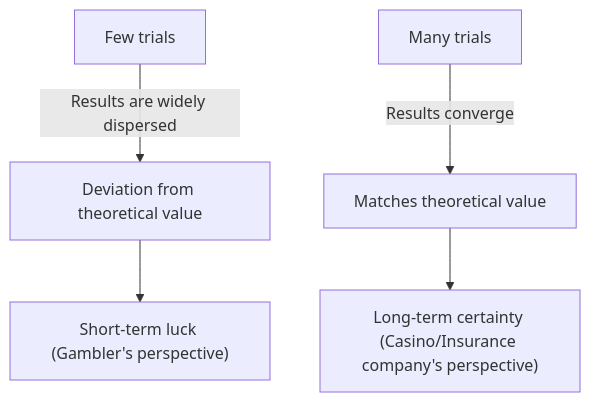
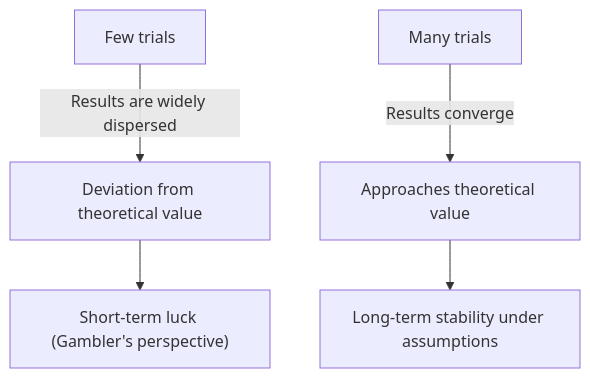
One commit to kenjinote/blog changed the first of 2 diagrams in content/post/law-of-large-numbers/index.en.md. Above: the diagram before and after it, drawn with Mermaid. The commit also changed other lines of this file and 12 other files, not shown here.

````diff
--- a/content/post/law-of-large-numbers/index.en.md
+++ b/content/post/law-of-large-numbers/index.en.md
@@ -30,7 +30,7 @@
 ```mermaid
 graph TD
     A["Few trials"] -->|"Results are widely dispersed"| B["Deviation from theoretical value"]
-    C["Many trials"] -->|"Results converge"| D["Matches theoretical value"]
+    C["Many trials"] -->|"Results converge"| D["Approaches theoretical value"]
     B --> E["Short-term luck (Gambler's perspective)"]
-    D --> F["Long-term certainty (Casino/Insurance company's perspective)"]
+    D --> F["Long-term stability under assumptions"]
 ```
````
